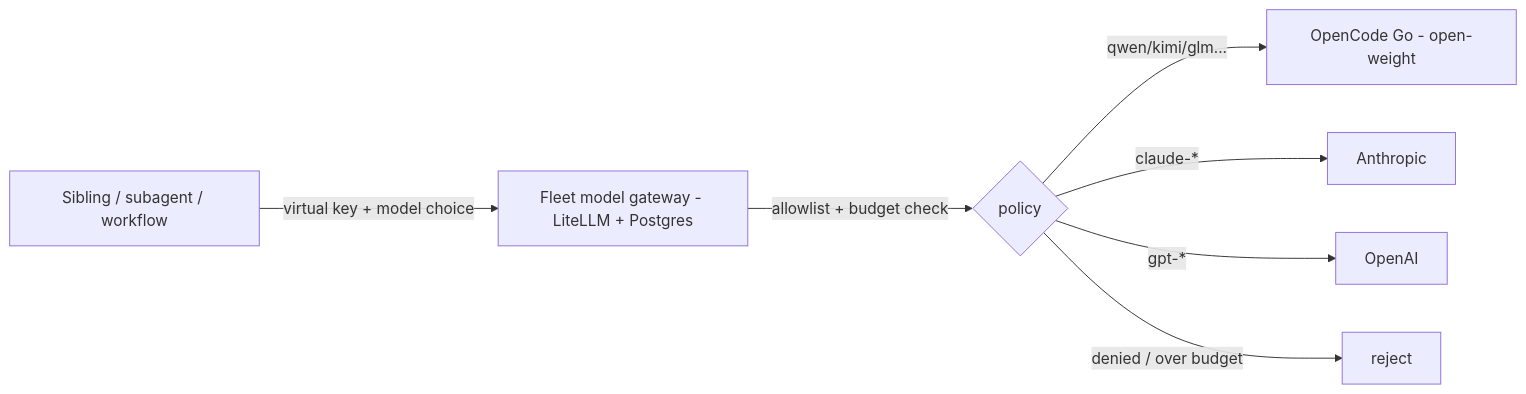
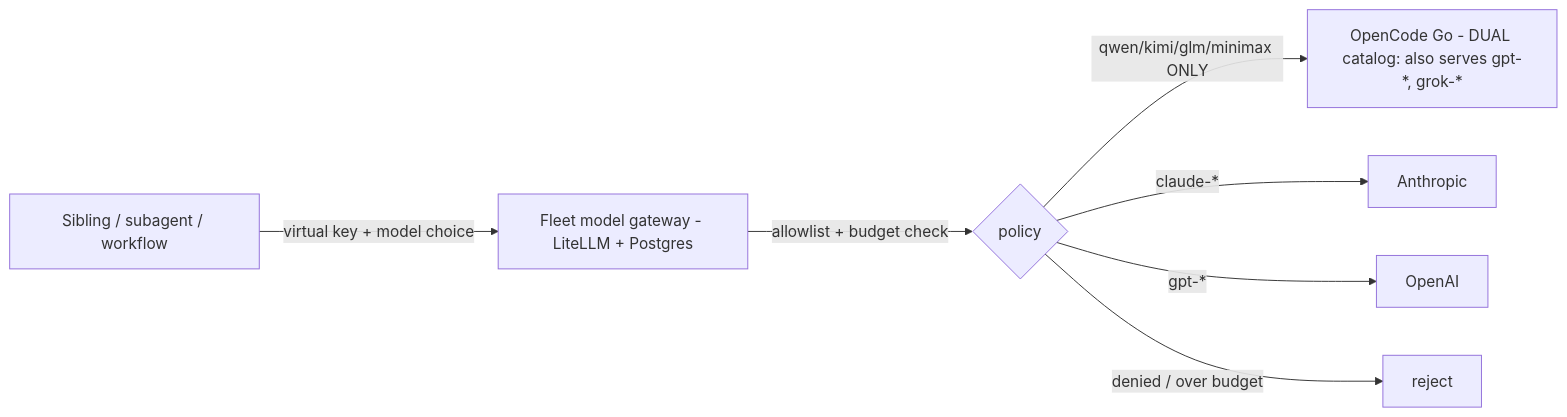
One commit to joeLepper/treadmill changed the diagram in docs/adrs/0107-fleet-model-gateway-for-mixed-model-subagents.md. Above: the diagram before and after it, drawn with Mermaid. The commit also changed other lines of this file, not shown here.

First line of the commit message:
adr(0107): re-open + incorporate Gerald's blocking review (withdraw premature accept)

````diff
--- a/docs/adrs/0107-fleet-model-gateway-for-mixed-model-subagents.md
+++ b/docs/adrs/0107-fleet-model-gateway-for-mixed-model-subagents.md
@@ -141,9 +189,9 @@
 ```mermaid
 flowchart LR
     sib[Sibling / subagent / workflow] -->|virtual key + model choice| gw[Fleet model gateway - LiteLLM + Postgres]
     gw -->|allowlist + budget check| pol{policy}
-    pol -->|qwen/kimi/glm...| go[OpenCode Go - open-weight]
+    pol -->|qwen/kimi/glm/minimax ONLY| go[OpenCode Go - DUAL catalog: also serves gpt-*, grok-*]
     pol -->|claude-*| anth[Anthropic]
     pol -->|gpt-*| oai[OpenAI]
     pol -->|denied / over budget| rej[reject]
 ```
````
